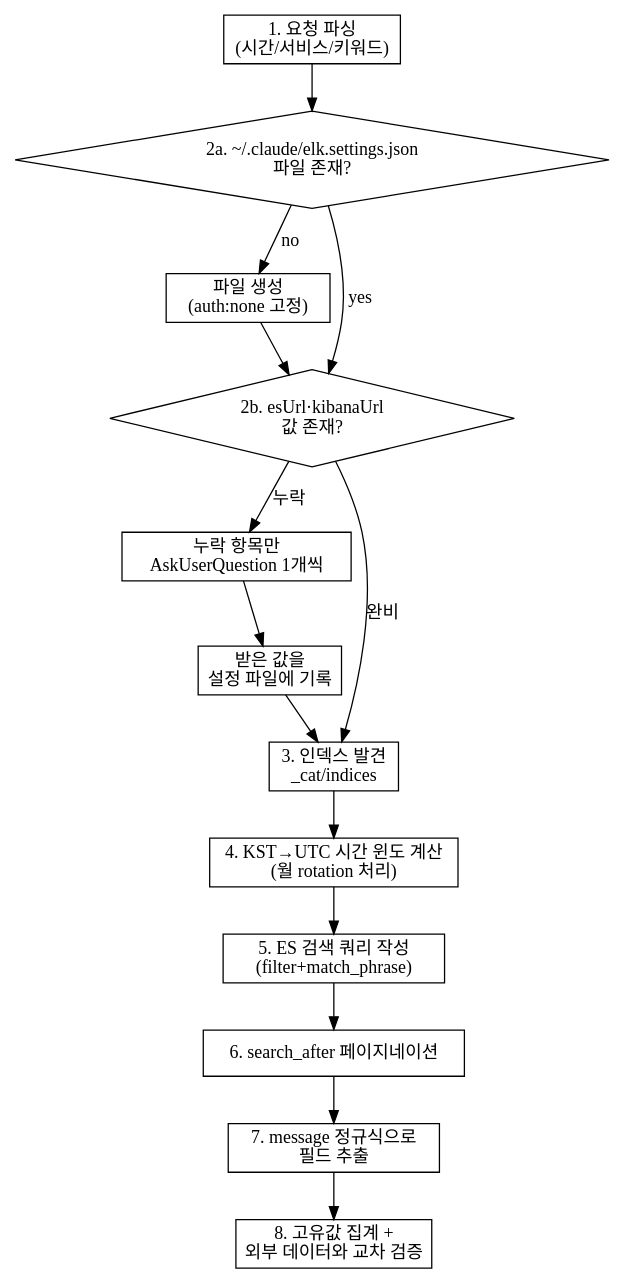
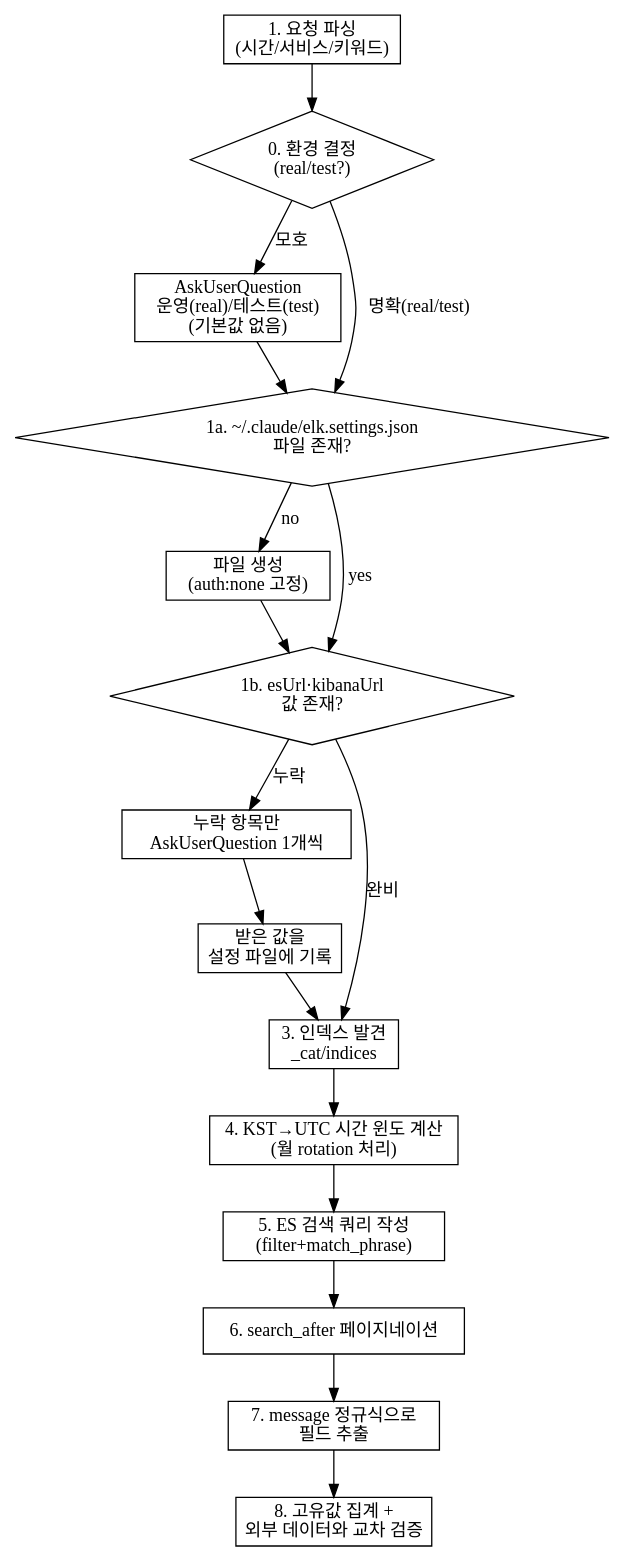
The diagram in skills/fetch-elk/SKILL.md (YoonbeomSo/oh-my-beom), drawn with Graphviz before and after one commit. The commit also changed other lines of this file and 4 other files, not shown here.

First line of the commit message:
feat: fetch-elk 운영/테스트 환경 스위치 통합 및 v2.20.0

````diff
--- a/skills/fetch-elk/SKILL.md
+++ b/skills/fetch-elk/SKILL.md
@@ -29,33 +31,38 @@
 ```dot
 digraph fetch_elk {
     rankdir=TB;
     node [shape=box];
 
     parse [label="1. 요청 파싱\n(시간/서비스/키워드)"];
-    check_file [label="2a. ~/.claude/elk.settings.json\n파일 존재?" shape=diamond];
+    decide_env [label="0. 환경 결정\n(real/test?)" shape=diamond];
+    ask_env [label="AskUserQuestion\n운영(real)/테스트(test)\n(기본값 없음)"];
+    check_file [label="1a. ~/.claude/elk.settings.json\n파일 존재?" shape=diamond];
     create_file [label="파일 생성\n(auth:none 고정)"];
-    check_fields [label="2b. esUrl·kibanaUrl\n값 존재?" shape=diamond];
+    check_fields [label="1b. esUrl·kibanaUrl\n값 존재?" shape=diamond];
     ask_one [label="누락 항목만\nAskUserQuestion 1개씩"];
     write_back [label="받은 값을\n설정 파일에 기록"];
     discover [label="3. 인덱스 발견\n_cat/indices"];
     window [label="4. KST→UTC 시간 윈도 계산\n(월 rotation 처리)"];
     query [label="5. ES 검색 쿼리 작성\n(filter+match_phrase)"];
     paginate [label="6. search_after 페이지네이션"];
     extract [label="7. message 정규식으로\n필드 추출"];
     aggregate [label="8. 고유값 집계 +\n외부 데이터와 교차 검증"];
 
-    parse -> check_file;
+    parse -> decide_env;
+    decide_env -> check_file [label="명확(real/test)"];
+    decide_env -> ask_env [label="모호"];
+    ask_env -> check_file;
     check_file -> create_file [label="no"];
     check_file -> check_fields [label="yes"];
     create_file -> check_fields;
     check_fields -> ask_one [label="누락"];
     check_fields -> discover [label="완비"];
     ask_one -> write_back;
     write_back -> discover;
     discover -> window;
     window -> query;
     query -> paginate;
     paginate -> extract;
     extract -> aggregate;
 }
 ```
````
